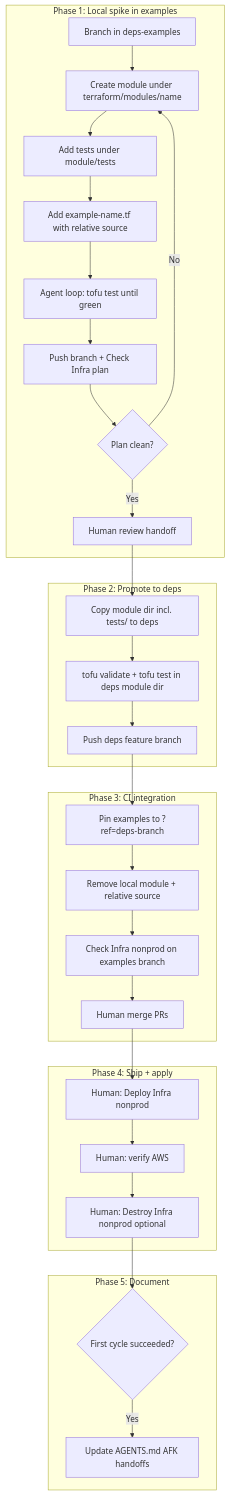
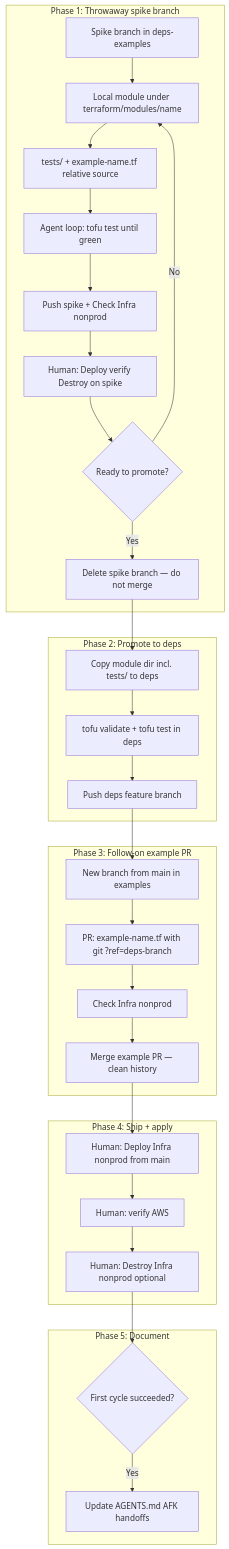
Before and after one commit to agent-0028/deps-examples: the second of 2 diagrams in plans/PLAN-local-first-module-development.md, drawn with Mermaid. The commit also changed other lines of this file and 1 other file, not shown here.

````diff
--- a/plans/PLAN-local-first-module-development.md
+++ b/plans/PLAN-local-first-module-development.md
@@ -110,33 +120,33 @@
 ```mermaid
 flowchart TD
-  subgraph phase1 [Phase 1: Local spike in examples]
-    A[Branch in deps-examples] --> B[Create module under terraform/modules/name]
-    B --> C[Add tests under module/tests]
-    C --> D[Add example-name.tf with relative source]
-    D --> E["Agent loop: tofu test until green"]
-    E --> F[Push branch + Check Infra plan]
-    F --> G{Plan clean?}
+  subgraph phase1 [Phase 1: Throwaway spike branch]
+    A[Spike branch in deps-examples] --> B[Local module under terraform/modules/name]
+    B --> C[tests/ + example-name.tf relative source]
+    C --> D["Agent loop: tofu test until green"]
+    D --> E[Push spike + Check Infra nonprod]
+    E --> F[Human: Deploy verify Destroy on spike]
+    F --> G{Ready to promote?}
     G -->|No| B
-    G -->|Yes| H[Human review handoff]
+    G -->|Yes| H[Delete spike branch — do not merge]
   end
   subgraph phase2 [Phase 2: Promote to deps]
     H --> I["Copy module dir incl. tests/ to deps"]
-    I --> J["tofu validate + tofu test in deps module dir"]
+    I --> J["tofu validate + tofu test in deps"]
     J --> K[Push deps feature branch]
   end
-  subgraph phase3 [Phase 3: CI integration]
-    K --> L[Pin examples to ?ref=deps-branch]
-    L --> M[Remove local module + relative source]
-    M --> N[Check Infra nonprod on examples branch]
-    N --> O[Human merge PRs]
+  subgraph phase3 [Phase 3: Follow-on example PR]
+    K --> L[New branch from main in examples]
+    L --> M[PR: example-name.tf with git ?ref=deps-branch]
+    M --> N[Check Infra nonprod]
+    N --> O[Merge example PR — clean history]
   end
   subgraph phase4 [Phase 4: Ship + apply]
-    O --> P[Human: Deploy Infra nonprod]
+    O --> P[Human: Deploy Infra nonprod from main]
     P --> Q[Human: verify AWS]
     Q --> R[Human: Destroy Infra nonprod optional]
   end
   subgraph phase5 [Phase 5: Document]
     R --> S{First cycle succeeded?}
     S -->|Yes| T[Update AGENTS.md AFK handoffs]
   end
 ```
````
